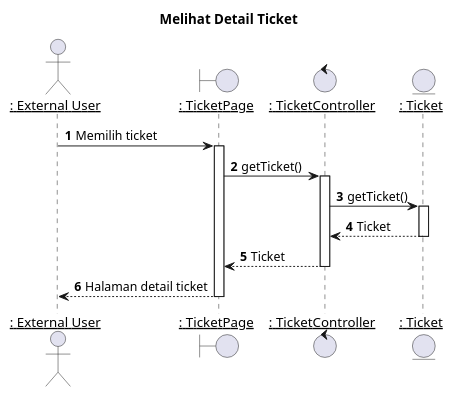
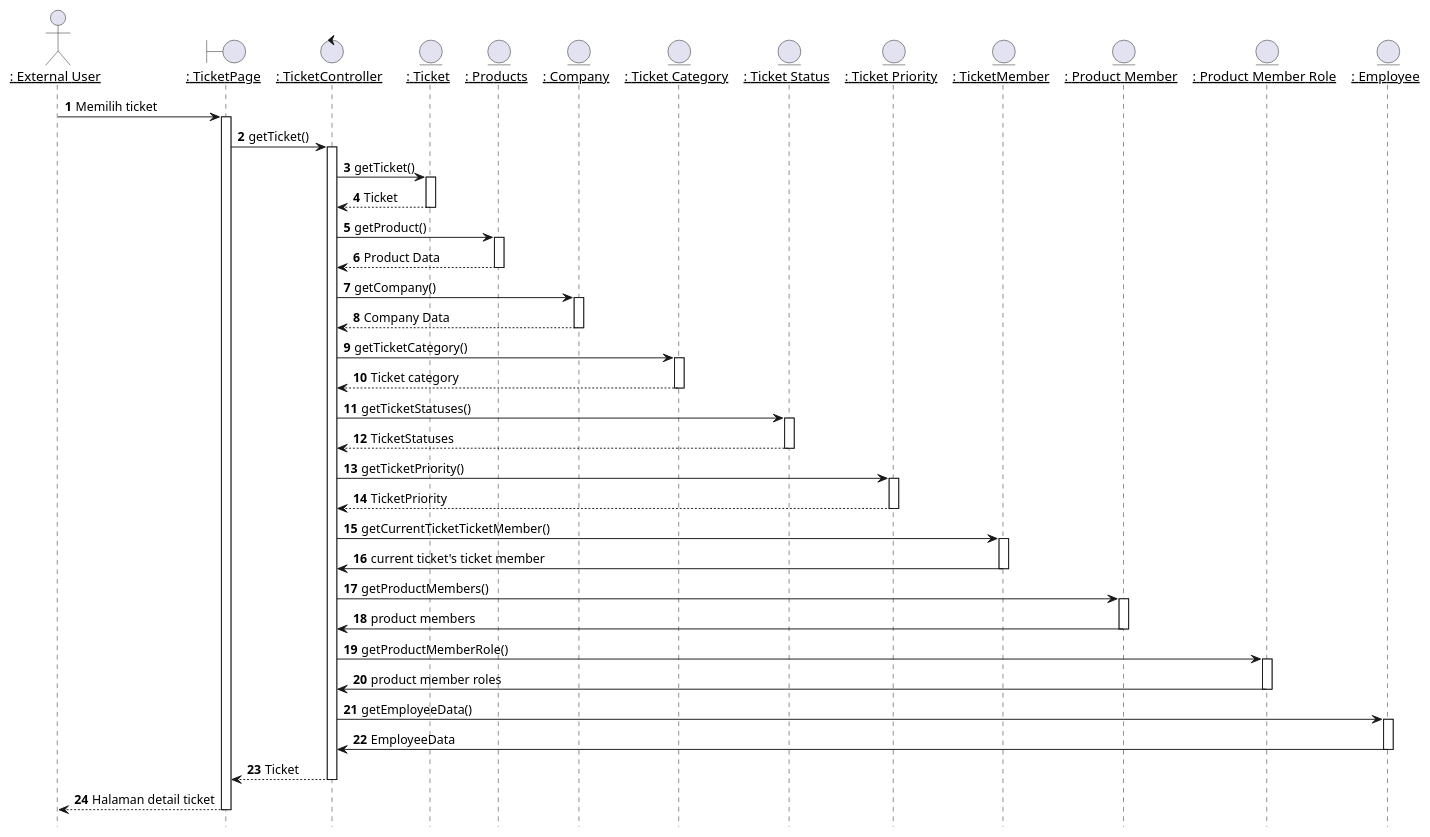
Before and after one commit to TAS-PKL/Laporan-PKL-Ticketing: the diagram in plantuml/sequence/ex/ex4.puml, drawn with PlantUML. The commit also changed 47 other files, not shown here.

```diff
--- a/plantuml/sequence/ex/ex4.puml
+++ b/plantuml/sequence/ex/ex4.puml
@@ -1,39 +1,95 @@
 @startuml Melihat Detail Ticket
 
-title "Melihat Detail Ticket"
+hide footbox
+' title "Melihat Detail Ticket"
 
 actor EU as "__: External User__"
 boundary TicketPage as "__: TicketPage__"
 control TicketController as "__: TicketController__"
 entity Ticket as "__: Ticket__"
+entity Product as "__: Products__"
+entity Company as "__: Company__"
+entity TicketCategory as "__: Ticket Category__"
+entity TicketStatuses as "__: Ticket Status__"
+entity TicketPriority as "__: Ticket Priority__"
+entity TicketMember as "__: TicketMember__"
+entity ProductMembers as "__: Product Member__"
+entity ProductMemberRoles as "__: Product Member Role__"
+entity Employees as "__: Employee__"
 
 autonumber 1
-'list
-' EU -> TicketPage: Membuka halaman list ticket
-' activate TicketPage
-
-' TicketPage -> EU: Halaman list ticket
-' deactivate TicketPage
-
-'detail
 EU -> TicketPage: Memilih ticket
 activate TicketPage
 
 
 TicketPage -> TicketController: getTicket()
 activate TicketController
 
 TicketController -> Ticket: getTicket()
 activate Ticket
 
 Ticket --> TicketController : Ticket
 deactivate Ticket
 
+TicketController -> Product: getProduct()
+activate Product
+
+Product --> TicketController : Product Data
+deactivate Product
+
+TicketController -> Company: getCompany()
+activate Company
+
+Company --> TicketController : Company Data
+deactivate Company
+
+TicketController -> TicketCategory: getTicketCategory()
+activate TicketCategory
+
+TicketCategory --> TicketController : Ticket category
+deactivate TicketCategory
+
+TicketController -> TicketStatuses: getTicketStatuses()
+activate TicketStatuses
+
+TicketStatuses --> TicketController : TicketStatuses
+deactivate TicketStatuses
+
+TicketController -> TicketPriority: getTicketPriority()
+activate TicketPriority
+
+TicketPriority --> TicketController : TicketPriority
+deactivate TicketPriority
+
+TicketController -> TicketMember: getCurrentTicketTicketMember()
+activate TicketMember
+
+TicketMember -> TicketController: current ticket's ticket member
+deactivate TicketMember
+
+TicketController -> ProductMembers: getProductMembers()
+activate ProductMembers
+
+ProductMembers -> TicketController: product members
+deactivate ProductMembers
+
+TicketController -> ProductMemberRoles: getProductMemberRole()
+activate ProductMemberRoles
+
+ProductMemberRoles -> TicketController: product member roles
+deactivate ProductMemberRoles
+
+TicketController -> Employees: getEmployeeData()
+activate Employees
+
+Employees -> TicketController: EmployeeData
+deactivate Employees
+
 TicketController --> TicketPage : Ticket
 deactivate TicketController
 
 TicketPage --> EU : Halaman detail ticket
 deactivate TicketPage
 
 
 @enduml
```
